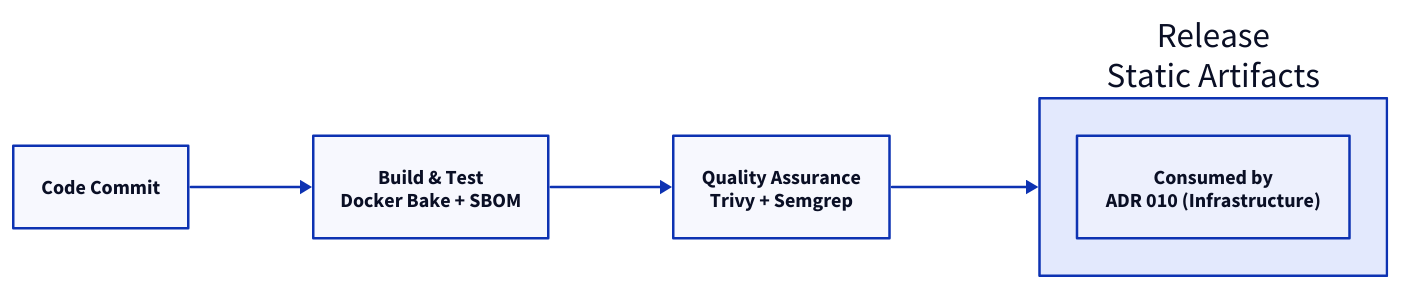
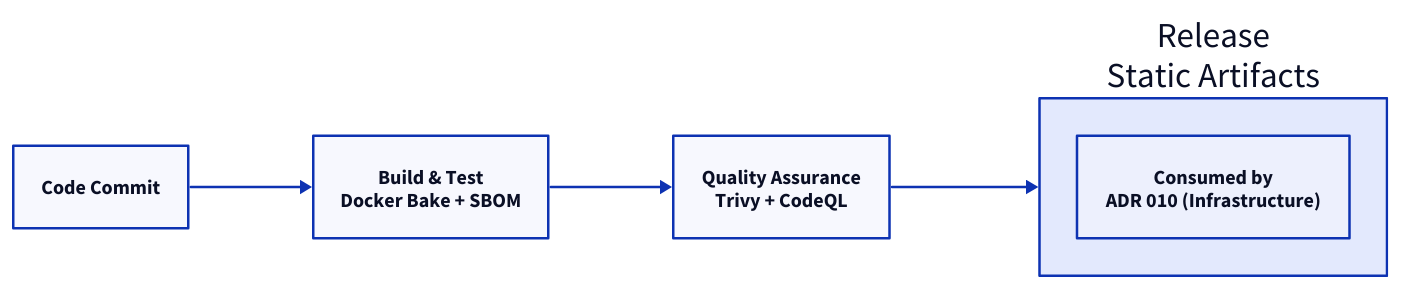
Before and after one commit to wagov-dtt/architecture-decision-records: the diagram in development/004-cicd.md, drawn with D2. The commit also changed other lines of this file and 8 other files, not shown here.

````diff
--- a/development/004-cicd.md
+++ b/development/004-cicd.md
@@ -37,12 +37,12 @@
 ```d2
 direction: right
 
 code: "Code Commit"
 build: "Build & Test\nDocker Bake + SBOM"
-qa: "Quality Assurance\nTrivy + Semgrep"
+qa: "Quality Assurance\nTrivy + CodeQL"
 release: "Release\nStatic Artifacts"
 
 code -> build -> qa -> release
 
 release.note: "Consumed by\nADR 010 (Infrastructure)"
 ```
````
